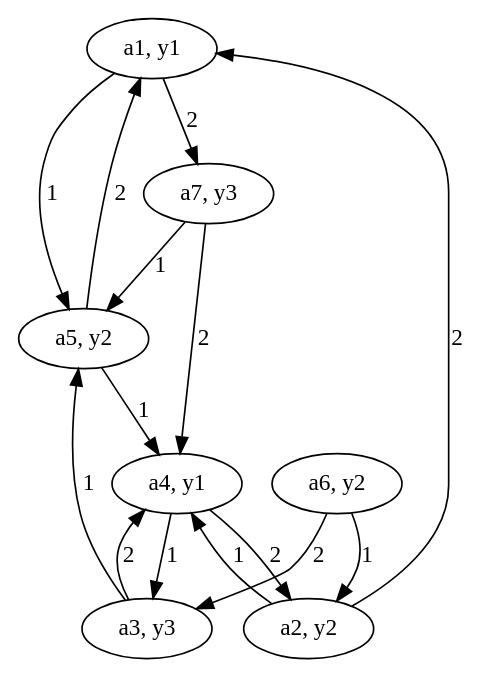
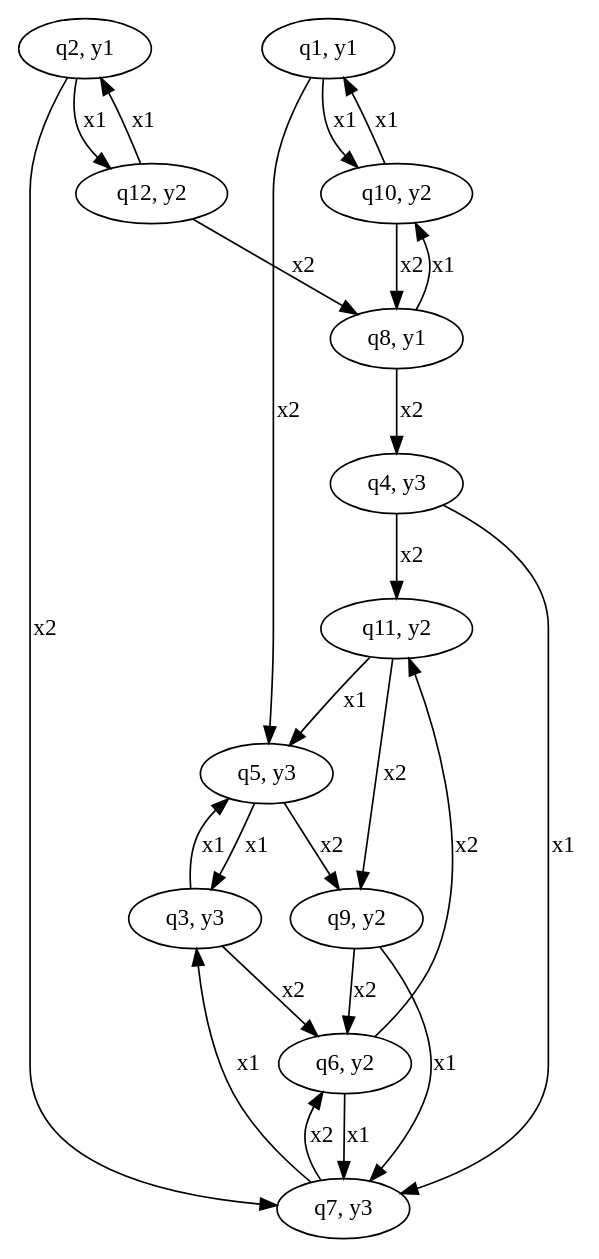
Before and after one commit to ondrosru/TAIFIY: the diagram in MinimizationAutomat/MinimizationAutomat/in_moore.dot, drawn with Graphviz. The commit also changed 19 other files, not shown here.

```diff
--- a/MinimizationAutomat/MinimizationAutomat/in_moore.dot
+++ b/MinimizationAutomat/MinimizationAutomat/in_moore.dot
@@ -1,23 +1,38 @@
 digraph G {
-"a1, y1";
-"a2, y2";
-"a3, y3";
-"a4, y1";
-"a5, y2";
-"a6, y2";
-"a7, y3";
-"a1, y1" -> "a5, y2" [label="1"];
-"a1, y1" -> "a7, y3" [label="2"];
-"a2, y2" -> "a1, y1" [label="2"];
-"a2, y2" -> "a4, y1" [label="1"];
-"a3, y3" -> "a4, y1" [label="2"];
-"a3, y3" -> "a5, y2" [label="1"];
-"a4, y1" -> "a2, y2" [label="2"];
-"a4, y1" -> "a3, y3" [label="1"];
-"a5, y2" -> "a1, y1" [label="2"];
-"a5, y2" -> "a4, y1" [label="1"];
-"a6, y2" -> "a2, y2" [label="1"];
-"a6, y2" -> "a3, y3" [label="2"];
-"a7, y3" -> "a4, y1" [label="2"];
-"a7, y3" -> "a5, y2" [label="1"];
+"q1, y1";
+"q10, y2";
+"q11, y2";
+"q12, y2";
+"q2, y1";
+"q3, y3";
+"q4, y3";
+"q5, y3";
+"q6, y2";
+"q7, y3";
+"q8, y1";
+"q9, y2";
+"q1, y1" -> "q10, y2" [label="x1"];
+"q1, y1" -> "q5, y3" [label="x2"];
+"q10, y2" -> "q1, y1" [label="x1"];
+"q10, y2" -> "q8, y1" [label="x2"];
+"q11, y2" -> "q5, y3" [label="x1"];
+"q11, y2" -> "q9, y2" [label="x2"];
+"q12, y2" -> "q2, y1" [label="x1"];
+"q12, y2" -> "q8, y1" [label="x2"];
+"q2, y1" -> "q12, y2" [label="x1"];
+"q2, y1" -> "q7, y3" [label="x2"];
+"q3, y3" -> "q5, y3" [label="x1"];
+"q3, y3" -> "q6, y2" [label="x2"];
+"q4, y3" -> "q11, y2" [label="x2"];
+"q4, y3" -> "q7, y3" [label="x1"];
+"q5, y3" -> "q3, y3" [label="x1"];
+"q5, y3" -> "q9, y2" [label="x2"];
+"q6, y2" -> "q11, y2" [label="x2"];
+"q6, y2" -> "q7, y3" [label="x1"];
+"q7, y3" -> "q3, y3" [label="x1"];
+"q7, y3" -> "q6, y2" [label="x2"];
+"q8, y1" -> "q10, y2" [label="x1"];
+"q8, y1" -> "q4, y3" [label="x2"];
+"q9, y2" -> "q6, y2" [label="x2"];
+"q9, y2" -> "q7, y3" [label="x1"];
 }
```
